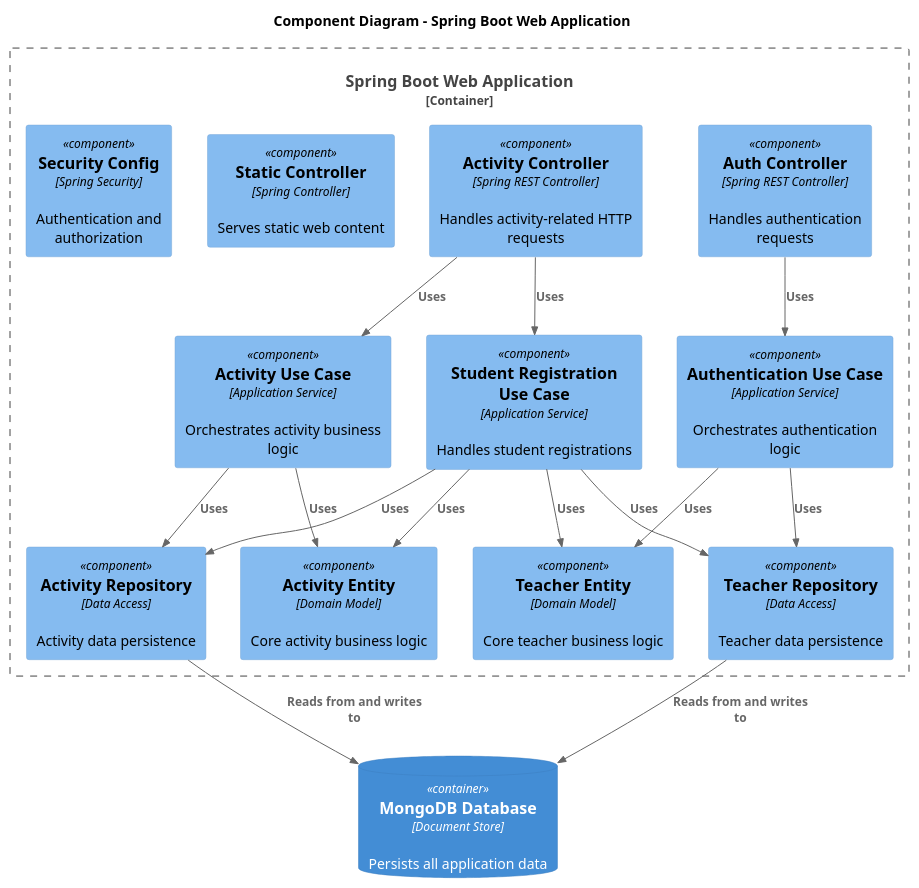
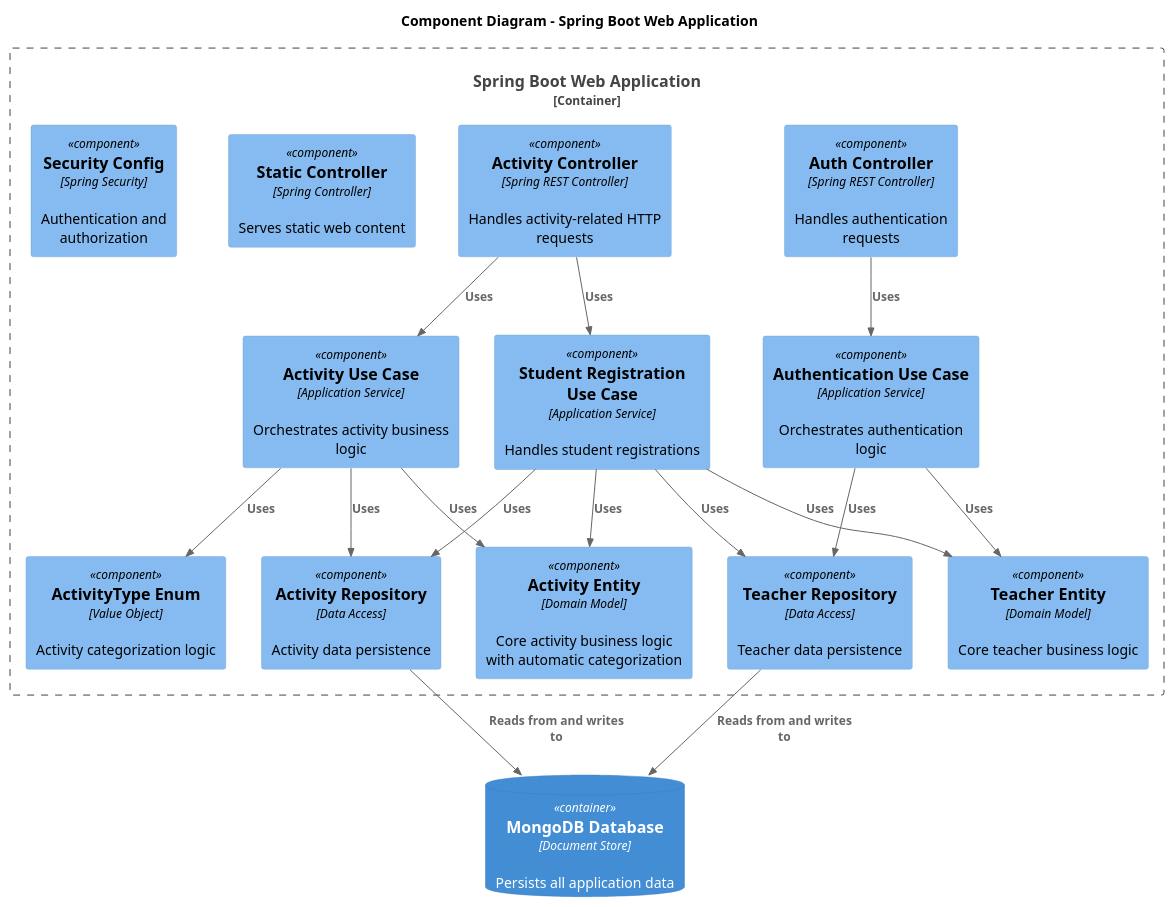
The diagram in docs/architecture/component-diagram.puml (BrunoSouzaPicinini/java-copilot-code-agent), drawn with PlantUML before and after one commit. The commit also changed 2 other files, not shown here.

```diff
--- a/docs/architecture/component-diagram.puml
+++ b/docs/architecture/component-diagram.puml
@@ -1,43 +1,45 @@
 @startuml component-diagram
 !include <C4/C4_Component>
 
 title Component Diagram - Spring Boot Web Application
 
 Container_Boundary(webApp, "Spring Boot Web Application") {
     Component(activityController, "Activity Controller", "Spring REST Controller", "Handles activity-related HTTP requests")
     Component(authController, "Auth Controller", "Spring REST Controller", "Handles authentication requests")
     Component(staticController, "Static Controller", "Spring Controller", "Serves static web content")
     
     Component(activityUseCase, "Activity Use Case", "Application Service", "Orchestrates activity business logic")
     Component(authUseCase, "Authentication Use Case", "Application Service", "Orchestrates authentication logic")
     Component(registrationUseCase, "Student Registration Use Case", "Application Service", "Handles student registrations")
     
-    Component(activityEntity, "Activity Entity", "Domain Model", "Core activity business logic")
+    Component(activityEntity, "Activity Entity", "Domain Model", "Core activity business logic with automatic categorization")
     Component(teacherEntity, "Teacher Entity", "Domain Model", "Core teacher business logic")
+    Component(activityType, "ActivityType Enum", "Value Object", "Activity categorization logic")
     
     Component(activityRepo, "Activity Repository", "Data Access", "Activity data persistence")
     Component(teacherRepo, "Teacher Repository", "Data Access", "Teacher data persistence")
     
     Component(securityConfig, "Security Config", "Spring Security", "Authentication and authorization")
 }
 
 ContainerDb(database, "MongoDB Database", "Document Store", "Persists all application data")
 
 Rel(activityController, activityUseCase, "Uses")
 Rel(activityController, registrationUseCase, "Uses")
 Rel(authController, authUseCase, "Uses")
 
 Rel(activityUseCase, activityEntity, "Uses")
+Rel(activityUseCase, activityType, "Uses")
 Rel(authUseCase, teacherEntity, "Uses")
 Rel(registrationUseCase, activityEntity, "Uses")
 Rel(registrationUseCase, teacherEntity, "Uses")
 
 Rel(activityUseCase, activityRepo, "Uses")
 Rel(authUseCase, teacherRepo, "Uses")
 Rel(registrationUseCase, activityRepo, "Uses")
 Rel(registrationUseCase, teacherRepo, "Uses")
 
 Rel(activityRepo, database, "Reads from and writes to")
 Rel(teacherRepo, database, "Reads from and writes to")
 
 @enduml
```
